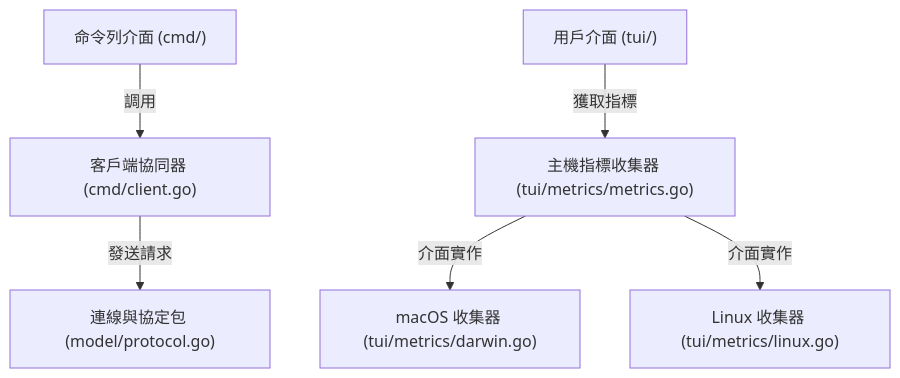
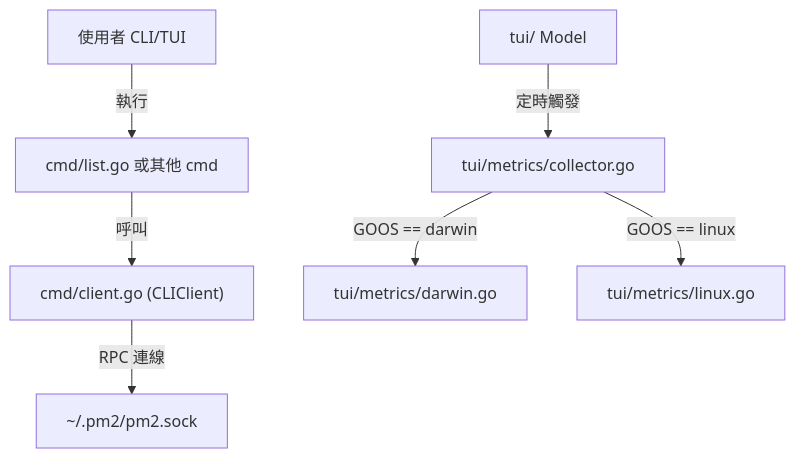
The second of 2 diagrams in plans/architecture-cli-list-and-metrics.md (BizShuk/pm2), drawn with Mermaid before and after one commit. The commit also changed other lines of this file and 8 other files, not shown here.

Commit message:
fix: prevent paused cron tasks from re-arming by adding an atomic launch guard and update documentation and architecture plans.

````diff
--- a/plans/architecture-cli-list-and-metrics.md
+++ b/plans/architecture-cli-list-and-metrics.md
@@ -50,8 +45,9 @@
 ```mermaid
 flowchart TD
-    CLI["命令列介面 (cmd/)"] -->|"調用"| Client["客戶端協同器 (cmd/client.go)"]
-    Client -->|"發送請求"| Model["連線與協定包 (model/protocol.go)"]
-    TUI["用戶介面 (tui/)"] -->|"獲取指標"| MetricsCollector["主機指標收集器 (tui/metrics/metrics.go)"]
-    MetricsCollector -->|"介面實作"| DarwinMetrics["macOS 收集器 (tui/metrics/darwin.go)"]
-    MetricsCollector -->|"介面實作"| LinuxMetrics["Linux 收集器 (tui/metrics/linux.go)"]
+    User["使用者 CLI/TUI"] -->|"執行"| CLI["cmd/list.go 或其他 cmd"]
+    CLI -->|"呼叫"| Client["cmd/client.go (CLIClient)"]
+    Client -->|"RPC 連線"| Socket["~/.pm2/pm2.sock"]
+    TUI["tui/ Model"] -->|"定時觸發"| Collector["tui/metrics/collector.go"]
+    Collector -->|"GOOS == darwin"| Darwin["tui/metrics/darwin.go"]
+    Collector -->|"GOOS == linux"| Linux["tui/metrics/linux.go"]
 ```
````
